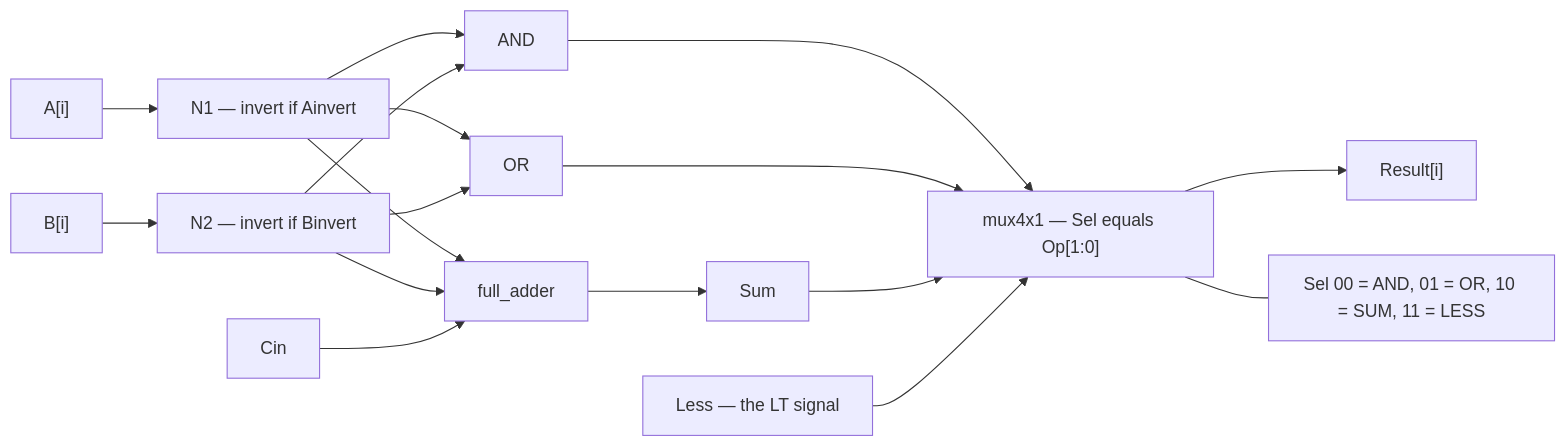
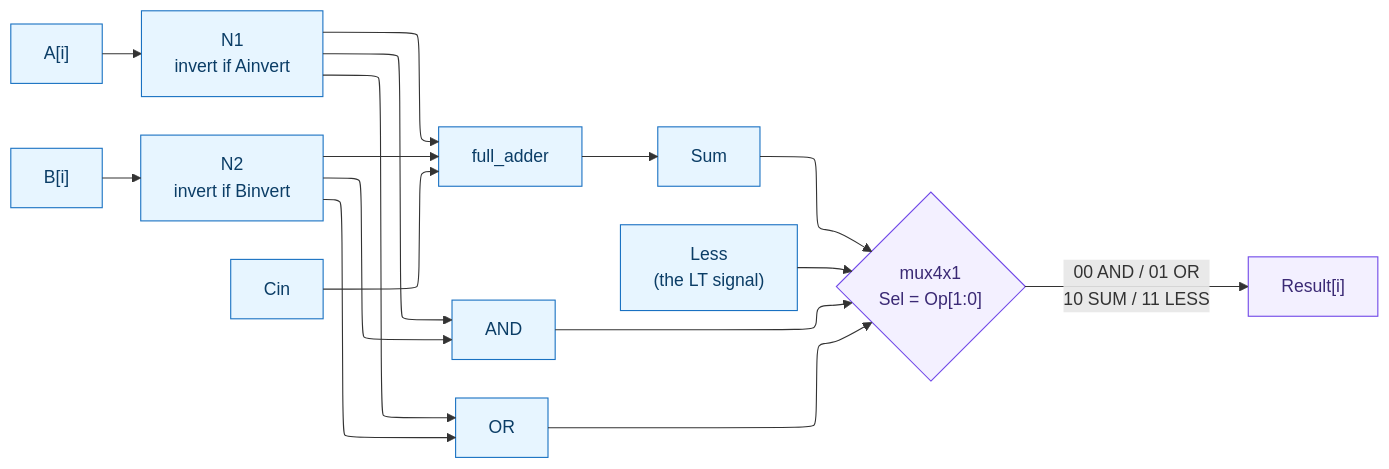
The fourth of 11 diagrams in ARCHITECTURE.md (AtikRahat/mips-multi-cycle-cpu), drawn with Mermaid before and after one commit. The commit also changed other lines of this file and 13 other files, not shown here.

First line of the commit message:
Switch architecture diagrams to the ELK layout engine

````diff
--- a/ARCHITECTURE.md
+++ b/ARCHITECTURE.md
@@ -260,37 +253,27 @@
 ```mermaid
+%%{init: {"flowchart": {"defaultRenderer": "elk"}} }%%
 flowchart LR
-    AI["A[i]"]
-    BI["B[i]"]
-    NA["N1 — invert if Ainvert"]
-    NB["N2 — invert if Binvert"]
-    ANDG["AND"]
-    ORG["OR"]
-    FA["full_adder"]
-    SUM["Sum"]
-    LT["Less — the LT signal"]
-    MUX["mux4x1 — Sel equals Op[1:0]"]
-    RES["Result[i]"]
+    AI["A[i]"] --> NA["N1<br/>invert if Ainvert"]
+    BI["B[i]"] --> NB["N2<br/>invert if Binvert"]
+    CIN["Cin"] --> FA
 
-    AI --> NA
-    BI --> NB
+    NA --> ANDG["AND"]
+    NB --> ANDG
+    NA --> ORG["OR"]
+    NB --> ORG
+    NA --> FA["full_adder"]
+    NB --> FA
+    FA --> SUM["Sum"]
 
-    NA --> ANDG
-    NB --> ANDG
-    NA --> ORG
-    NB --> ORG
-    NA --> FA
-    NB --> FA
-
-    CIN["Cin"]
-    CIN --> FA
-    FA --> SUM
-
-    ANDG --> MUX
+    LT["Less<br/>(the LT signal)"]
+    ANDG --> MUX{"mux4x1<br/>Sel = Op[1:0]"}
     ORG --> MUX
     SUM --> MUX
     LT --> MUX
-    MUX --> RES
+    MUX -->|"00 AND / 01 OR<br/>10 SUM / 11 LESS"| RES["Result[i]"]
 
-    note1["Sel 00 = AND, 01 = OR, 10 = SUM, 11 = LESS"]
-    MUX --- note1
+    classDef comp fill:#e7f5ff,stroke:#1971c2,color:#0b3d66
+    classDef sel fill:#f3f0ff,stroke:#7048e8,color:#3b2a75
+    class AI,BI,CIN,NA,NB,ANDG,ORG,FA,SUM,LT comp
+    class MUX,RES sel
 ```
````
